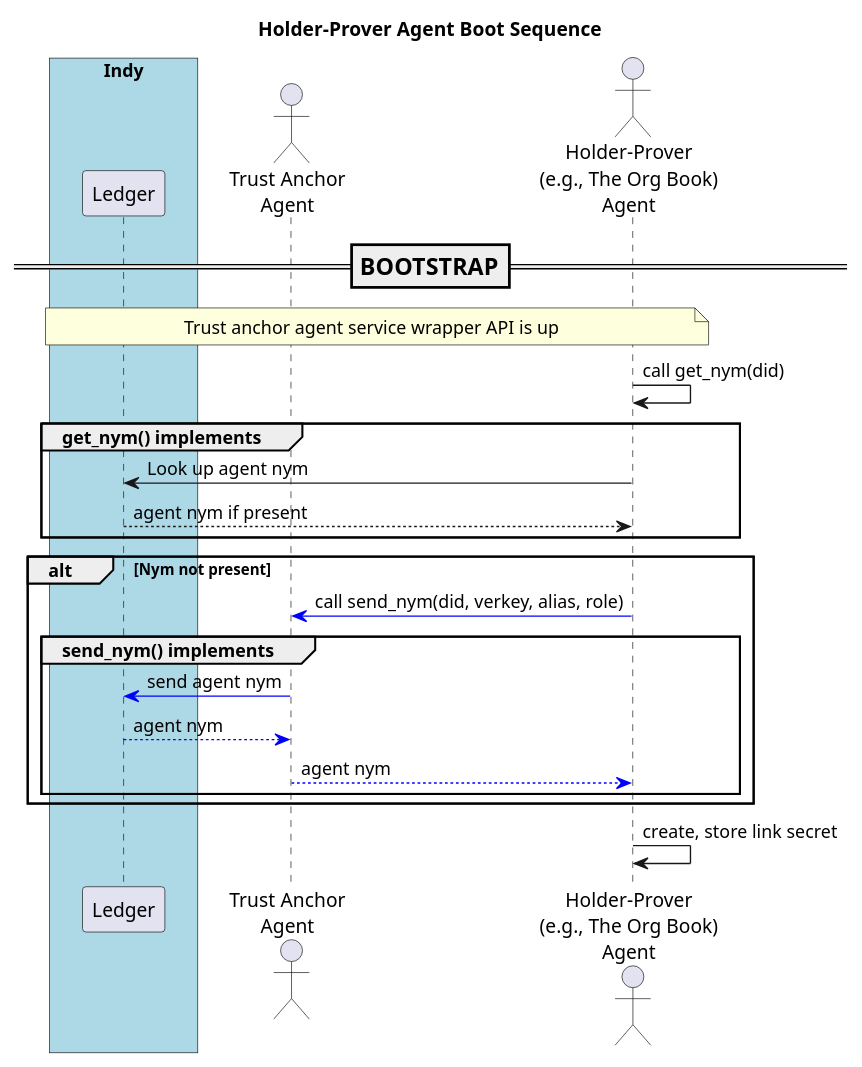
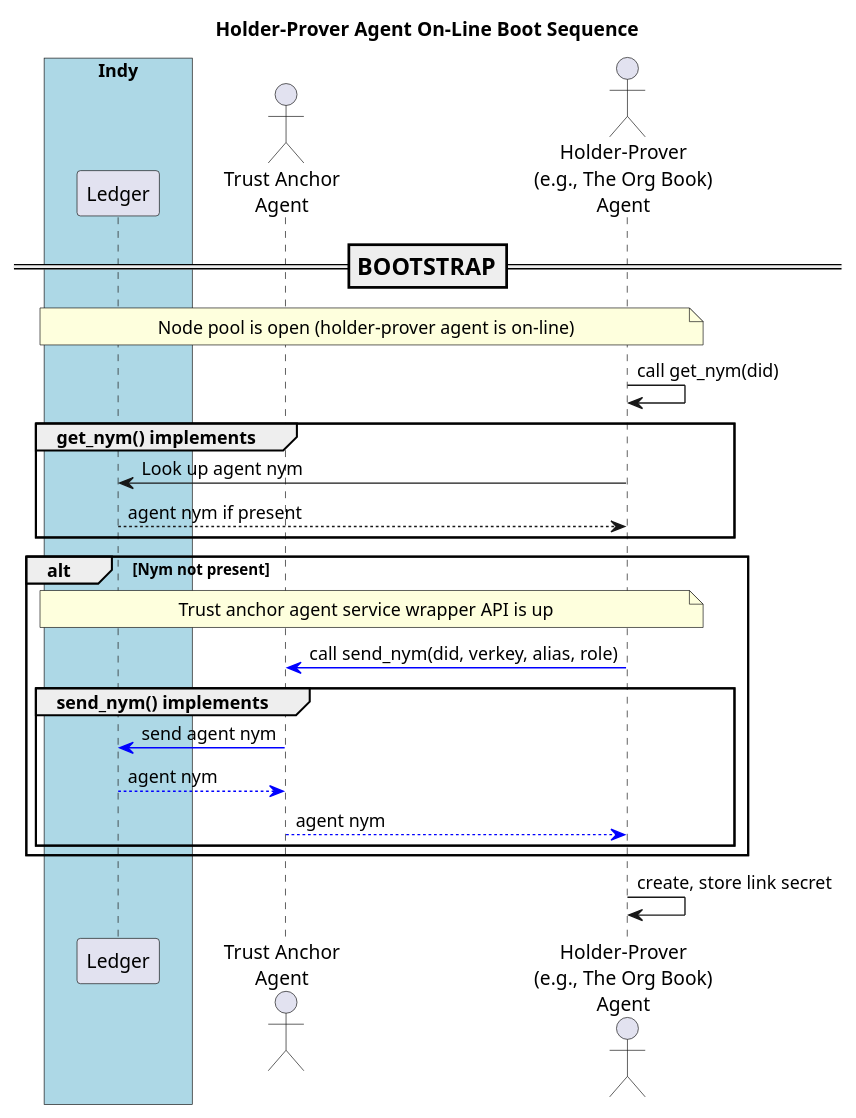
Before and after one commit to PSPC-SPAC-buyandsell/von_base: the diagram in doc/pic/src/boot.holderprover.puml, drawn with PlantUML. The commit also changed 14 other files, not shown here.

```diff
--- a/doc/pic/src/boot.holderprover.puml
+++ b/doc/pic/src/boot.holderprover.puml
@@ -1,51 +1,55 @@
 @startuml
 /'
 Copyright 2017-2018 Government of Canada - Public Services and Procurement Canada - buyandsell.gc.ca
 
 Licensed under the Apache License, Version 2.0 (the "License");
 you may not use this file except in compliance with the License.
 You may obtain a copy of the License at
 
 http://www.apache.org/licenses/LICENSE-2.0
 
 Unless required by applicable law or agreed to in writing, software
 distributed under the License is distributed on an "AS IS" BASIS,
 WITHOUT WARRANTIES OR CONDITIONS OF ANY KIND, either express or implied.
 See the License for the specific language governing permissions and
 limitations under the License.
 '/
 
 skinparam ParticipantPadding 20
 skinparam BaloxPadding 20
 
-title Holder-Prover Agent Boot Sequence
+title Holder-Prover Agent On-Line Boot Sequence
 
 box "Indy" #LightBlue
     participant "Ledger" as ledger
 endbox
 actor "Trust Anchor\nAgent" as tag
 actor "Holder-Prover\n(e.g., The Org Book)\nAgent" as obag
 
 === BOOTSTRAP ==
 note over ledger, obag
-Trust anchor agent service wrapper API is up
+    Node pool is open (holder-prover agent is on-line)
 endnote
 
 obag -> obag: call get_nym(did)
 group get_nym() implements
     obag -> ledger: Look up agent nym
     ledger --> obag: agent nym if present
 end
 
 alt Nym not present
+    note over ledger, obag
+        Trust anchor agent service wrapper API is up
+    endnote
+
     obag -[#blue]> tag: call send_nym(did, verkey, alias, role)
     group send_nym() implements
         tag -[#blue]> ledger: send agent nym
         ledger --[#blue]> tag: agent nym
         tag --[#blue]> obag: agent nym
     end
 end
 
 obag -> obag: create, store link secret
 
 @enduml
```
